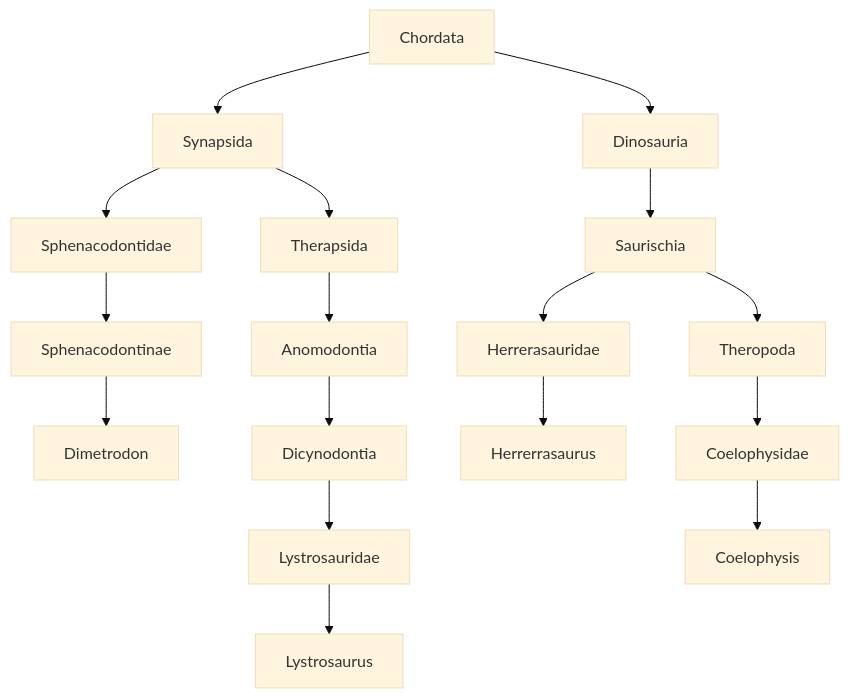
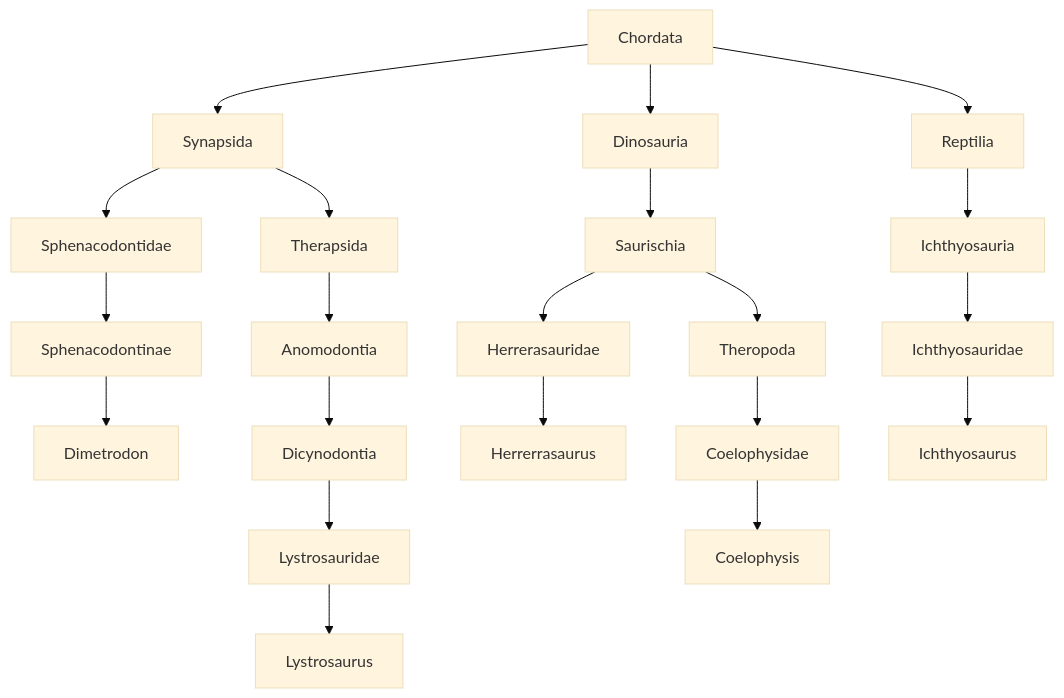
The diagram in readme.md (jackdixonryan/JWE2-Taxonomy), drawn with Mermaid (base theme) before and after one commit.

Commit message:
Ichthyosaurus

````diff
--- a/readme.md
+++ b/readme.md
@@ -3,27 +3,32 @@
 ```mermaid
 graph TD;
 
 Chordata-->Synapsida
 Chordata-->Dinosauria
+Chordata-->Reptilia
 
 Synapsida-->Sphenacodontidae
 Synapsida-->Therapsida
 
 Sphenacodontidae-->Sphenacodontinae
 Sphenacodontinae-->Dimetrodon
 
 Therapsida-->Anomodontia
 Anomodontia-->Dicynodontia
 Dicynodontia-->Lystrosauridae
 Lystrosauridae-->Lystrosaurus
 
 Dinosauria-->Saurischia
 
 Saurischia-->Herrerasauridae
 Saurischia-->Theropoda
 
 Herrerasauridae-->Herrerrasaurus
 
 Theropoda-->Coelophysidae
 Coelophysidae-->Coelophysis
+
+Reptilia-->Ichthyosauria
+Ichthyosauria-->Ichthyosauridae 
+Ichthyosauridae-->Ichthyosaurus
 ```
````
